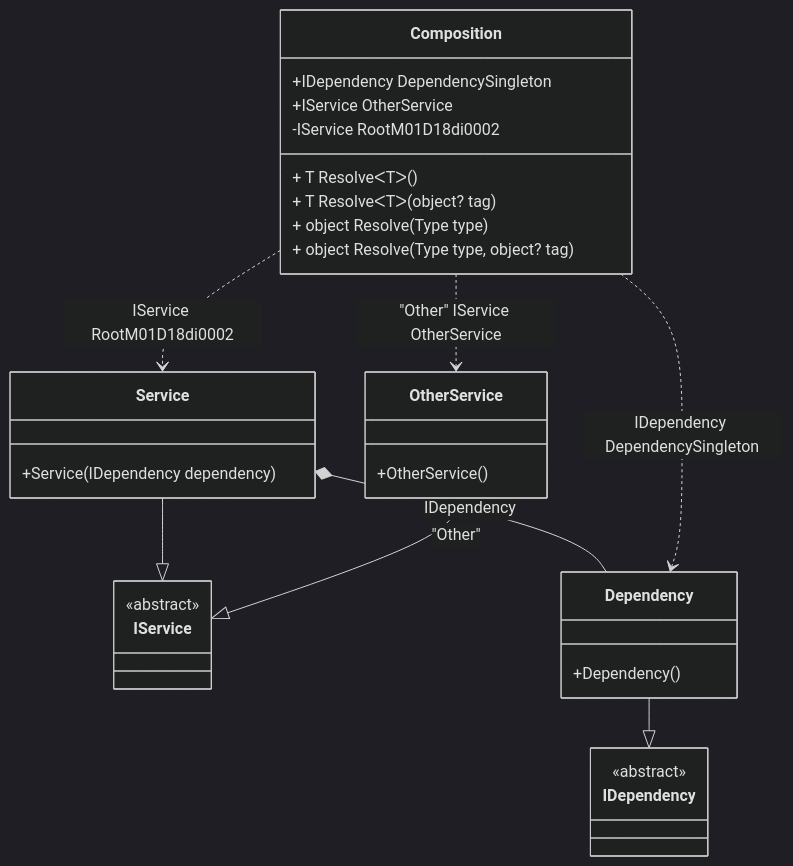
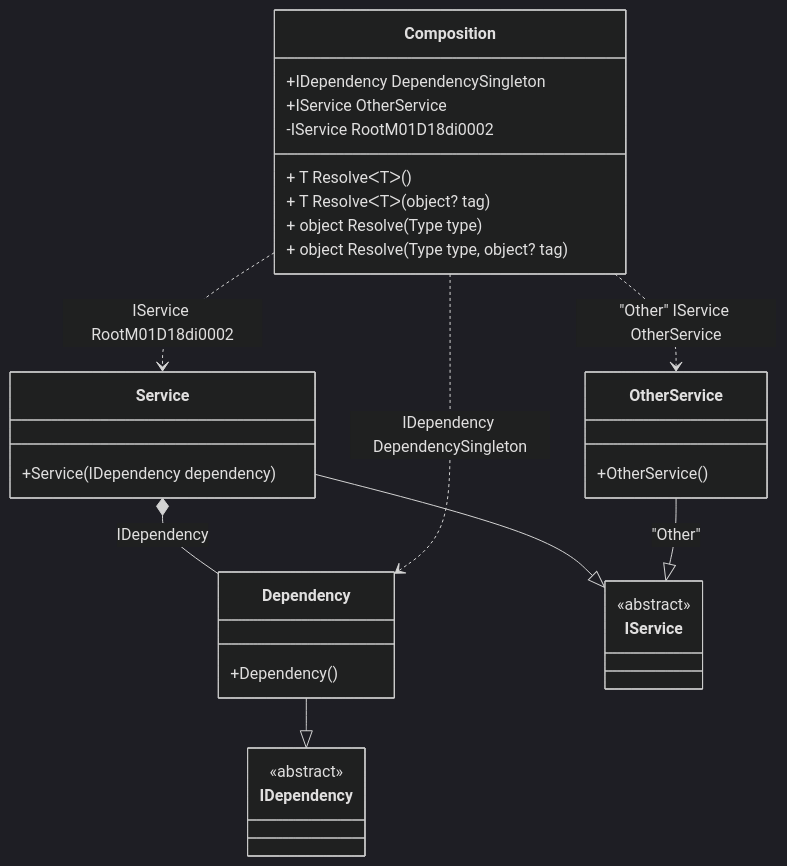
The diagram in readme/resolve-methods.md (DevTeam/Pure.DI), drawn with Mermaid (dark theme) before and after one commit. The commit also changed other lines of this file and 58 other files, not shown here.

Commit message:
Fixes an issue where overloaded bindings can be applied in the wrong sequence

````diff
--- a/readme/resolve-methods.md
+++ b/readme/resolve-methods.md
@@ -45,34 +45,34 @@
 ```mermaid
 classDiagram
   class Composition {
     +IDependency DependencySingleton
     +IService OtherService
     -IService RootM01D18di0002
     + T ResolveᐸTᐳ()
     + T ResolveᐸTᐳ(object? tag)
     + object Resolve(Type type)
     + object Resolve(Type type, object? tag)
   }
+  Dependency --|> IDependency : 
+  class Dependency {
+    +Dependency()
+  }
   Service --|> IService : 
   class Service {
     +Service(IDependency dependency)
-  }
-  Dependency --|> IDependency : 
-  class Dependency {
-    +Dependency()
   }
   OtherService --|> IService : "Other" 
   class OtherService {
     +OtherService()
   }
-  class IService {
+  class IDependency {
     <<abstract>>
   }
-  class IDependency {
+  class IService {
     <<abstract>>
   }
   Service *--  Dependency : IDependency
   Composition ..> Dependency : IDependency DependencySingleton
   Composition ..> Service : IService RootM01D18di0002
   Composition ..> OtherService : "Other" IService OtherService
 ```
````
